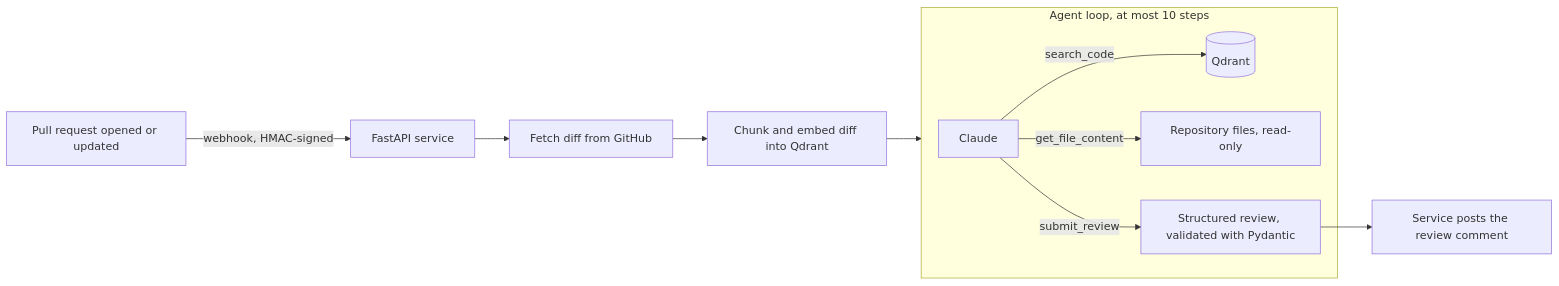
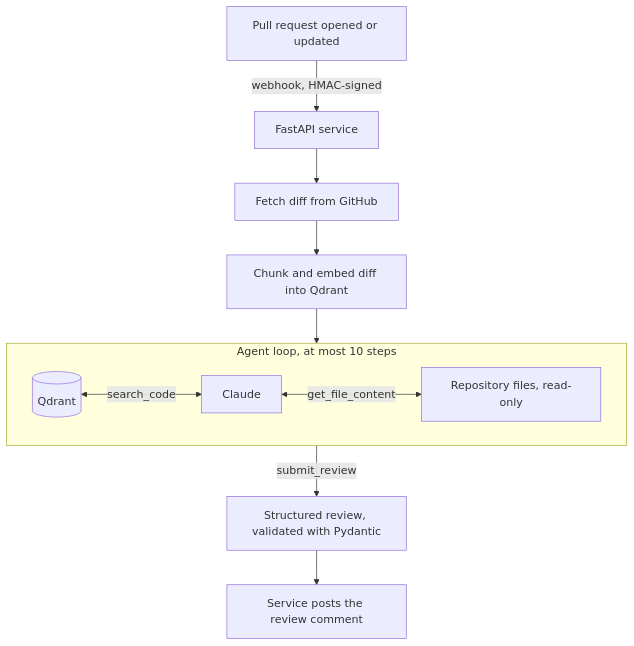
Before and after one commit to Miao0404/pr-review-assistant: the diagram in README.md, drawn with Mermaid.

Commit message:
Make architecture diagram vertical

````diff
--- a/README.md
+++ b/README.md
@@ -9,13 +9,14 @@
 ```mermaid
-flowchart LR
+flowchart TB
     PR["Pull request opened or updated"] -->|"webhook, HMAC-signed"| API["FastAPI service"]
     API --> DIFF["Fetch diff from GitHub"]
     DIFF --> IDX["Chunk and embed diff into Qdrant"]
-    IDX --> LOOP
+    IDX --> LLM
     subgraph LOOP["Agent loop, at most 10 steps"]
-        LLM["Claude"] -->|"search_code"| VEC[("Qdrant")]
-        LLM -->|"get_file_content"| REPO["Repository files, read-only"]
-        LLM -->|"submit_review"| OUT["Structured review, validated with Pydantic"]
+        direction LR
+        VEC[("Qdrant")] <-->|"search_code"| LLM["Claude"]
+        LLM <-->|"get_file_content"| REPO["Repository files, read-only"]
     end
+    LLM -->|"submit_review"| OUT["Structured review, validated with Pydantic"]
     OUT --> POST["Service posts the review comment"]
 ```
````
